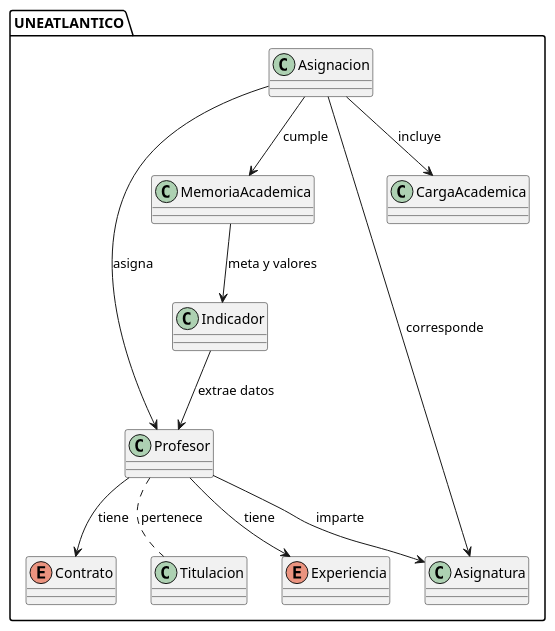
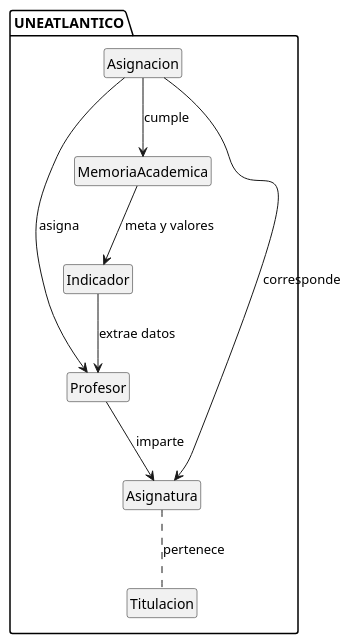
One commit to mmasias/24-25-IdSw1-SDR changed the diagram in modelosUML/MdD/diagramaDeClases.puml. Above: the diagram before and after it, drawn with PlantUML. The commit also changed 2 other files, not shown here.

```diff
--- a/modelosUML/MdD/diagramaDeClases.puml
+++ b/modelosUML/MdD/diagramaDeClases.puml
@@ -1,42 +1,14 @@
 @startuml
-package "UNEATLANTICO" {
-    class Profesor {
-    }
-
-    enum Contrato {
-    }
-    
-    enum Experiencia {
-    }
-
-    class Asignatura {
-    }
-
-    class Titulacion {
-    }
-
-    class MemoriaAcademica {
-    }
-
-    class Indicador {
-    }
-
-    class CargaAcademica {
-    }
-
-    class Asignacion {
-    }
-
+Package UNEATLANTICO{
+    hide circle
+    hide empty members
     
     Asignacion --> Profesor : asigna
     Asignacion --> Asignatura : corresponde
     Asignacion --> MemoriaAcademica : cumple
-    Asignacion --> CargaAcademica : incluye
     MemoriaAcademica --> Indicador : meta y valores
     Indicador --> Profesor : extrae datos
-    Profesor --> Contrato : tiene
-    Profesor --> Experiencia : tiene
-    Profesor --> Asignatura: imparte
-    Profesor .. Titulacion : pertenece
+    Asignatura .. Titulacion : pertenece
+    Profesor --> Asignatura : imparte
 }
 @enduml
```
